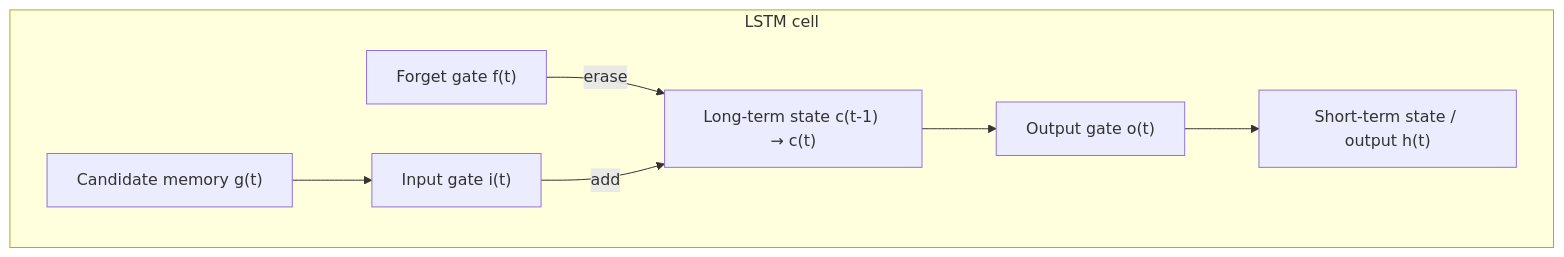
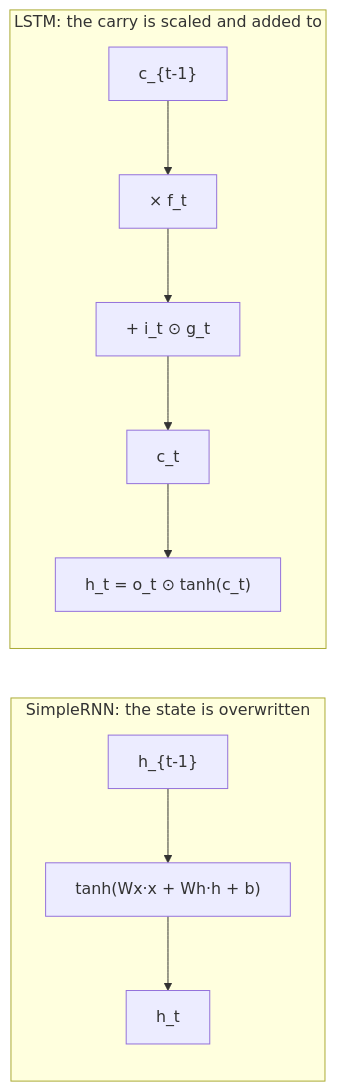
Before and after one commit to Ravikisha/PythonCentralHub: the diagram in src/content/docs/Deep Learning/Phase 04 - Sequence Models with RNNs/LSTM & GRU Networks.mdx, drawn with Mermaid. The commit also changed other lines of this file and 626 other files, not shown here.

````diff
--- a/src/content/docs/Deep Learning/Phase 04 - Sequence Models with RNNs/LSTM & GRU Networks.mdx
+++ b/src/content/docs/Deep Learning/Phase 04 - Sequence Models with RNNs/LSTM & GRU Networks.mdx
@@ -31,11 +171,10 @@
 ```mermaid
 flowchart LR
-  subgraph LSTM["LSTM cell"]
-    direction LR
-    F["Forget gate f(t)"] -->|erase| C["Long-term state c(t-1) → c(t)"]
-    I["Input gate i(t)"] -->|add| C
-    G["Candidate memory g(t)"] --> I
-    C --> O["Output gate o(t)"]
-    O --> H["Short-term state / output h(t)"]
+  subgraph simple["SimpleRNN: the state is overwritten"]
+    A["h_{t-1}"] --> B["tanh(Wx·x + Wh·h + b)"] --> C["h_t"]
+  end
+  subgraph lstm["LSTM: the carry is scaled and added to"]
+    D["c_{t-1}"] --> E["× f_t"] --> F["+ i_t ⊙ g_t"] --> G["c_t"]
+    G --> H["h_t = o_t ⊙ tanh(c_t)"]
   end
 ```
````
